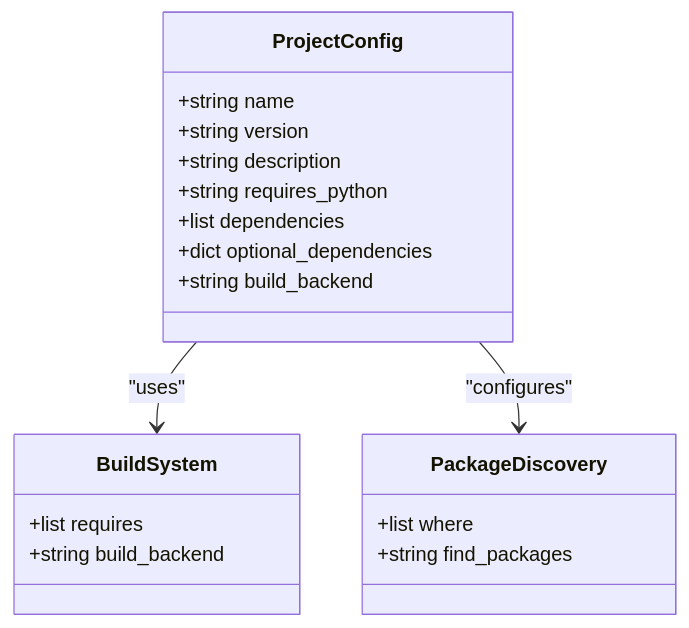
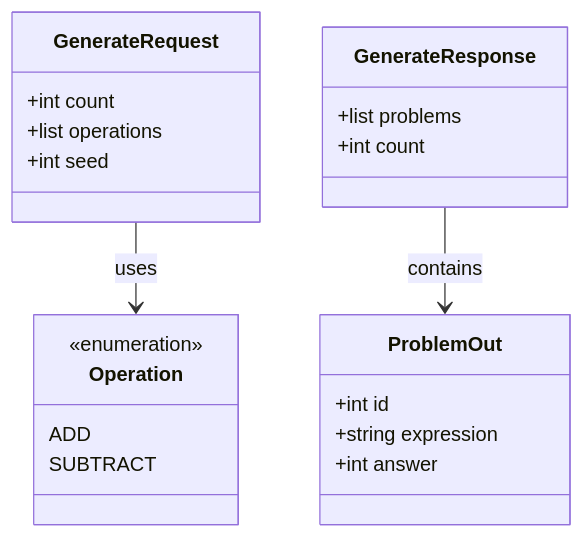
Before and after one commit to SimonWHL/math-learning: the fifth of 12 diagrams in .qoder/repowiki/zh/content/项目概述.md, drawn with Mermaid. The commit also changed other lines of this file and 18 other files, not shown here.

Commit message:
feat: add division with remainder operation - divisor in [2,9], quotient in [1,9], remainder in [1,divisor-1] - Expression format: a / b = ____ ...... ____ - Frontend checkbox for enabling divide_remainder - 2 new tests (22 total, all passing)

````diff
--- a/.qoder/repowiki/zh/content/项目概述.md
+++ b/.qoder/repowiki/zh/content/项目概述.md
@@ -156,22 +224,24 @@
 ```mermaid
 classDiagram
-class ProjectConfig {
-+string name
-+string version
-+string description
-+string requires_python
-+list dependencies
-+dict optional_dependencies
-+string build_backend
+class GenerateRequest {
++int count
++list operations
++int seed
 }
-class BuildSystem {
-+list requires
-+string build_backend
+class ProblemOut {
++int id
++string expression
++int answer
 }
-class PackageDiscovery {
-+list where
-+string find_packages
+class GenerateResponse {
++list problems
++int count
 }
-ProjectConfig --> BuildSystem : "uses"
-ProjectConfig --> PackageDiscovery : "configures"
+class Operation {
+<<enumeration>>
+ADD
+SUBTRACT
+}
+GenerateRequest --> Operation : uses
+GenerateResponse --> ProblemOut : contains
 ```
````
